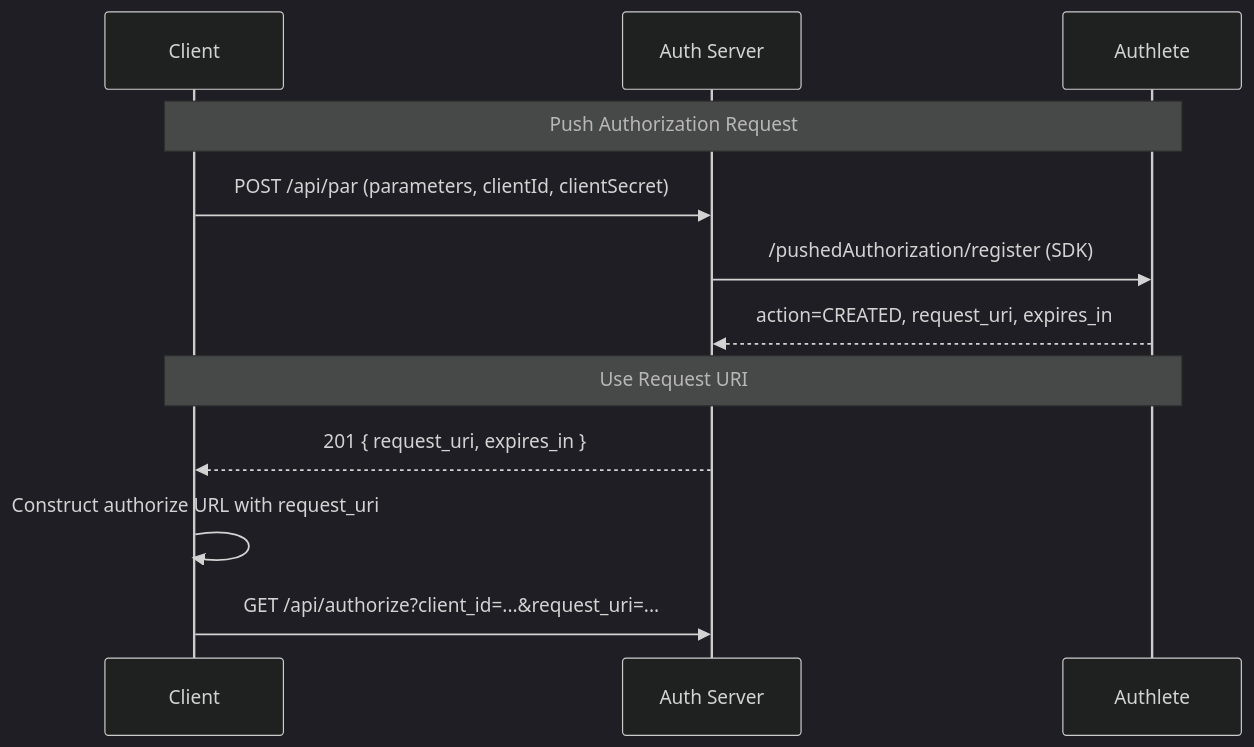
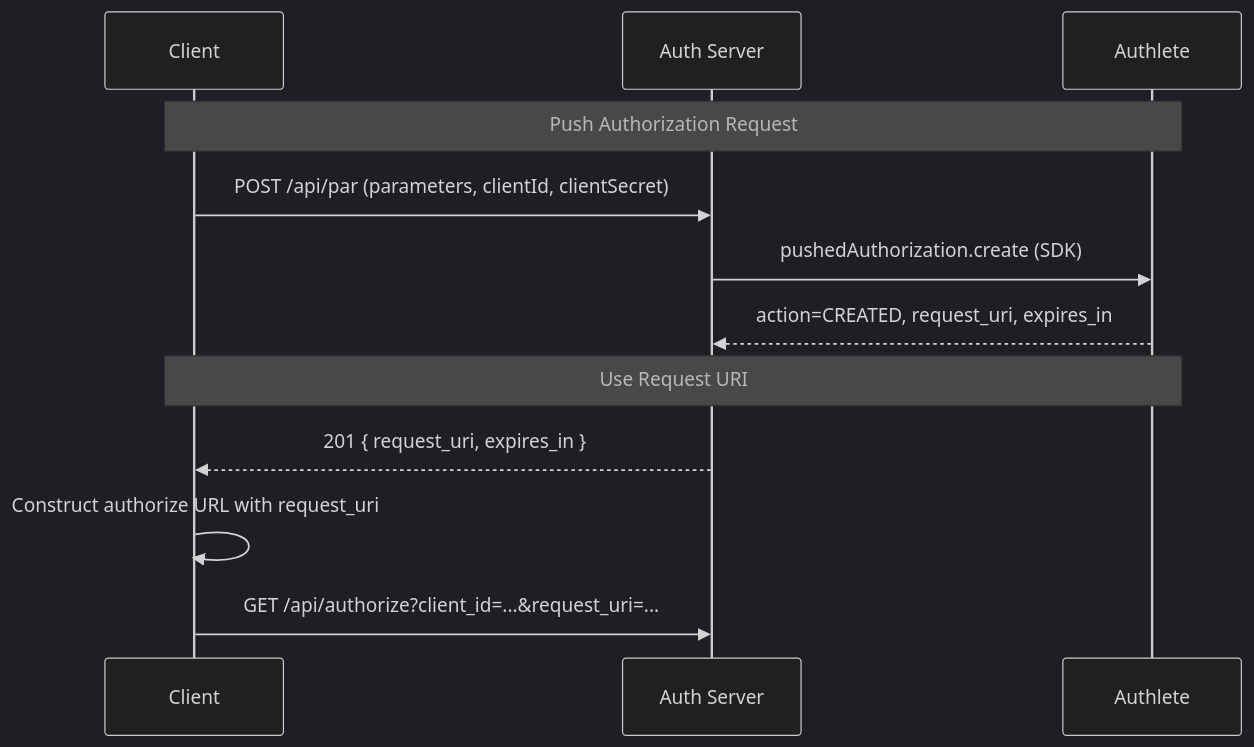
Diagram 11 of 12 in docs/DATA-FLOWS.md (blackadi/OAUTH2.0), drawn with Mermaid before and after one commit. The commit also changed other lines of this file and 6 other files, not shown here.

````diff
--- a/docs/DATA-FLOWS.md
+++ b/docs/DATA-FLOWS.md
@@ -386,17 +385,17 @@
 ```mermaid
 %%{init: {'theme': 'dark', 'themeVariables': { 'primaryColor': '#1e293b', 'primaryTextColor': '#e2e8f0', 'primaryBorderColor': '#475569', 'lineColor': '#6366f1', 'secondaryColor': '#0f172a', 'tertiaryColor': '#334155', 'fontFamily': 'Inter'}}}%%
 sequenceDiagram
     participant C as Client
     participant AS as Auth Server
     participant AL as Authlete
     
     Note over C,AL: Push Authorization Request
     C->>AS: POST /api/par (parameters, clientId, clientSecret)
-    AS->>AL: /pushedAuthorization/register (SDK)
+    AS->>AL: pushedAuthorization.create (SDK)
     AL-->>AS: action=CREATED, request_uri, expires_in
     
     Note over C,AL: Use Request URI
     AS-->>C: 201 { request_uri, expires_in }
     C->>C: Construct authorize URL with request_uri
     C->>AS: GET /api/authorize?client_id=...&request_uri=...
 ```
````
